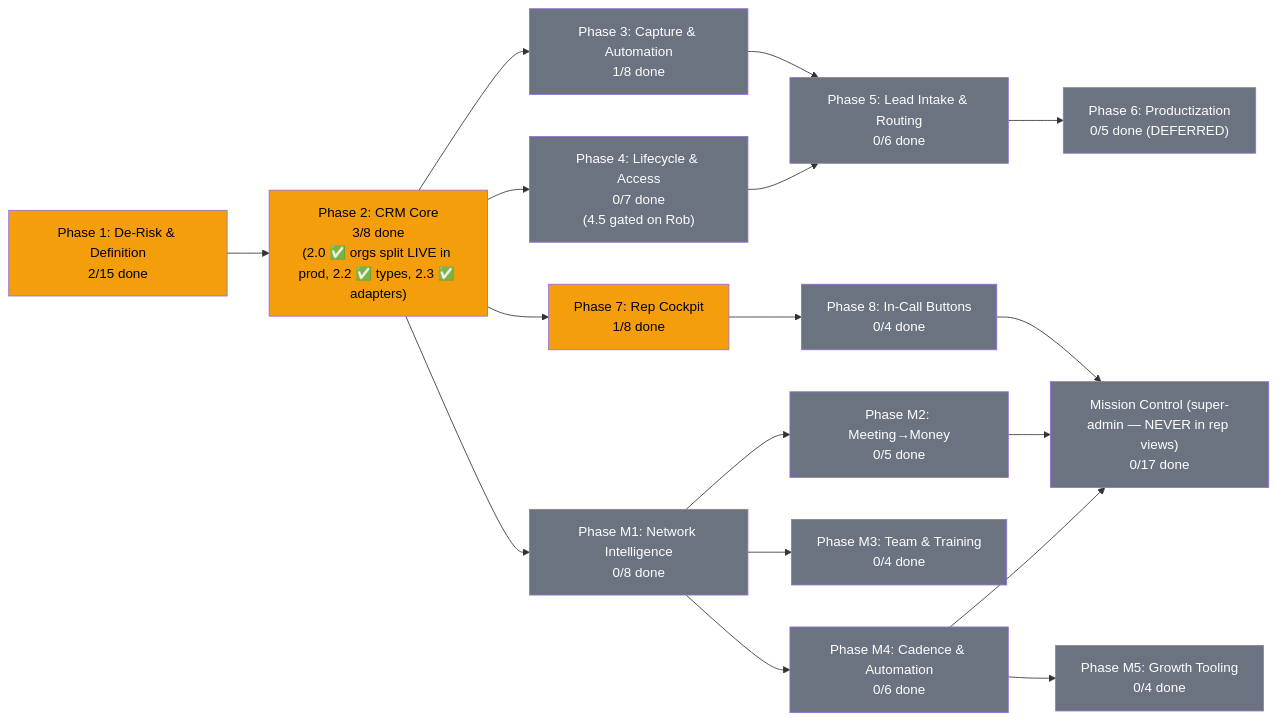
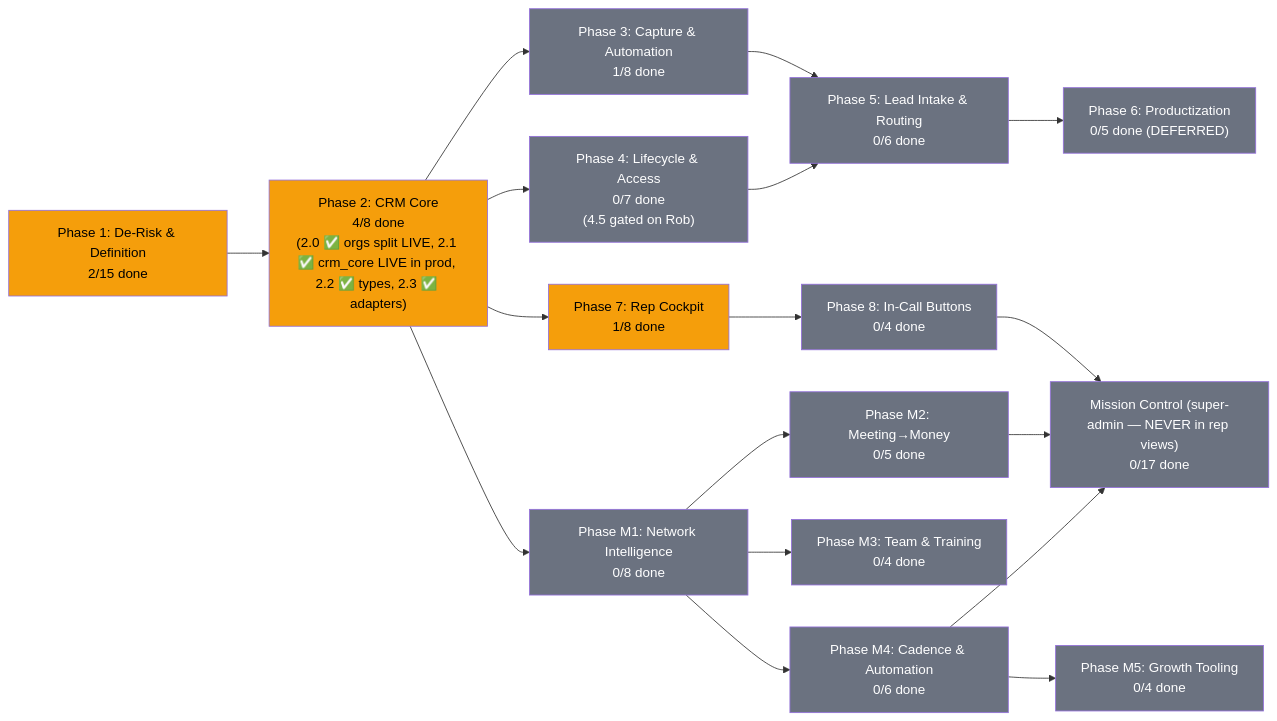
The diagram in docs/plans/PRD-mle-crm.md (blacklabelbob/mle-rob-dashboard), drawn with Mermaid before and after one commit. The commit also changed other lines of this file and 2 other files, not shown here.

Commit message:
Q9 inc.4 (Task 2.1 CLOSED): 0005_crm_core APPLIED TO PROD — live PostgREST round-trip + constraint gates verified, test rows cleaned; side fix 0006_rls_enable (orgs/org_memberships/events RLS gap, flag #8); Task 3.2 sequence-block cleared; PRD v3.1.12 (P2 4/8)

````diff
--- a/docs/plans/PRD-mle-crm.md
+++ b/docs/plans/PRD-mle-crm.md
@@ -24,34 +24,34 @@
 ```mermaid
 flowchart LR
-    P1["Phase 1: De-Risk & Definition<br/>2/15 done"] --> P2["Phase 2: CRM Core<br/>3/8 done<br/>(2.0 ✅ orgs split LIVE in prod, 2.2 ✅ types, 2.3 ✅ adapters)"]
+    P1["Phase 1: De-Risk & Definition<br/>2/15 done"] --> P2["Phase 2: CRM Core<br/>4/8 done<br/>(2.0 ✅ orgs split LIVE, 2.1 ✅ crm_core LIVE in prod, 2.2 ✅ types, 2.3 ✅ adapters)"]
     P2 --> P3["Phase 3: Capture & Automation<br/>1/8 done"]
     P2 --> P4["Phase 4: Lifecycle & Access<br/>0/7 done<br/>(4.5 gated on Rob)"]
     P2 --> P7["Phase 7: Rep Cockpit<br/>1/8 done"]
     P7 --> P8["Phase 8: In-Call Buttons<br/>0/4 done"]
     P3 --> P5["Phase 5: Lead Intake & Routing<br/>0/6 done"]
     P4 --> P5
     P5 --> P6["Phase 6: Productization<br/>0/5 done (DEFERRED)"]
     P2 --> M1["Phase M1: Network Intelligence<br/>0/8 done"]
     M1 --> M2["Phase M2: Meeting→Money<br/>0/5 done"]
     M1 --> M3["Phase M3: Team & Training<br/>0/4 done"]
     M1 --> M4["Phase M4: Cadence & Automation<br/>0/6 done"]
     M4 --> M5["Phase M5: Growth Tooling<br/>0/4 done"]
     P8 --> MC["Mission Control (super-admin — NEVER in rep views)<br/>0/17 done"]
     M2 --> MC
     M4 --> MC
 
     style P1 fill:#f59e0b,color:#000
     style P2 fill:#f59e0b,color:#000
     style P3 fill:#6b7280,color:#fff
     style P4 fill:#6b7280,color:#fff
     style P5 fill:#6b7280,color:#fff
     style P6 fill:#6b7280,color:#fff
     style P7 fill:#f59e0b,color:#000
     style P8 fill:#6b7280,color:#fff
     style M1 fill:#6b7280,color:#fff
     style M2 fill:#6b7280,color:#fff
     style M3 fill:#6b7280,color:#fff
     style M4 fill:#6b7280,color:#fff
     style M5 fill:#6b7280,color:#fff
     style MC fill:#6b7280,color:#fff
 ```
````
